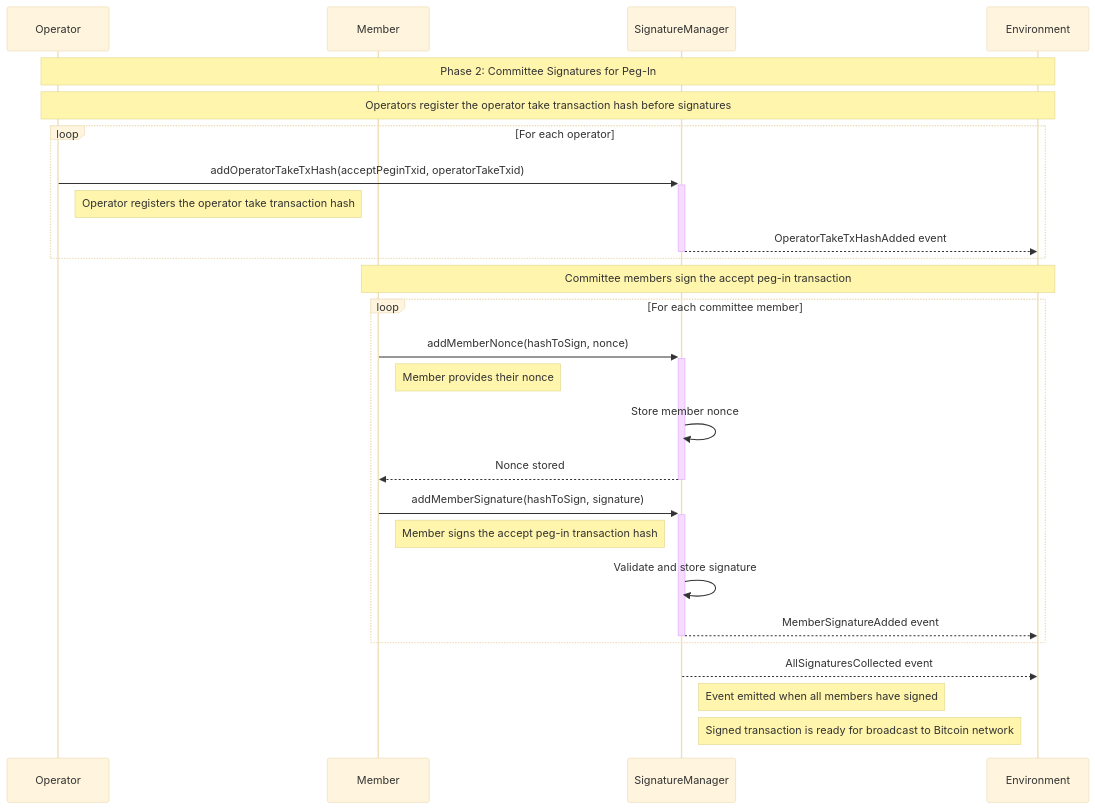
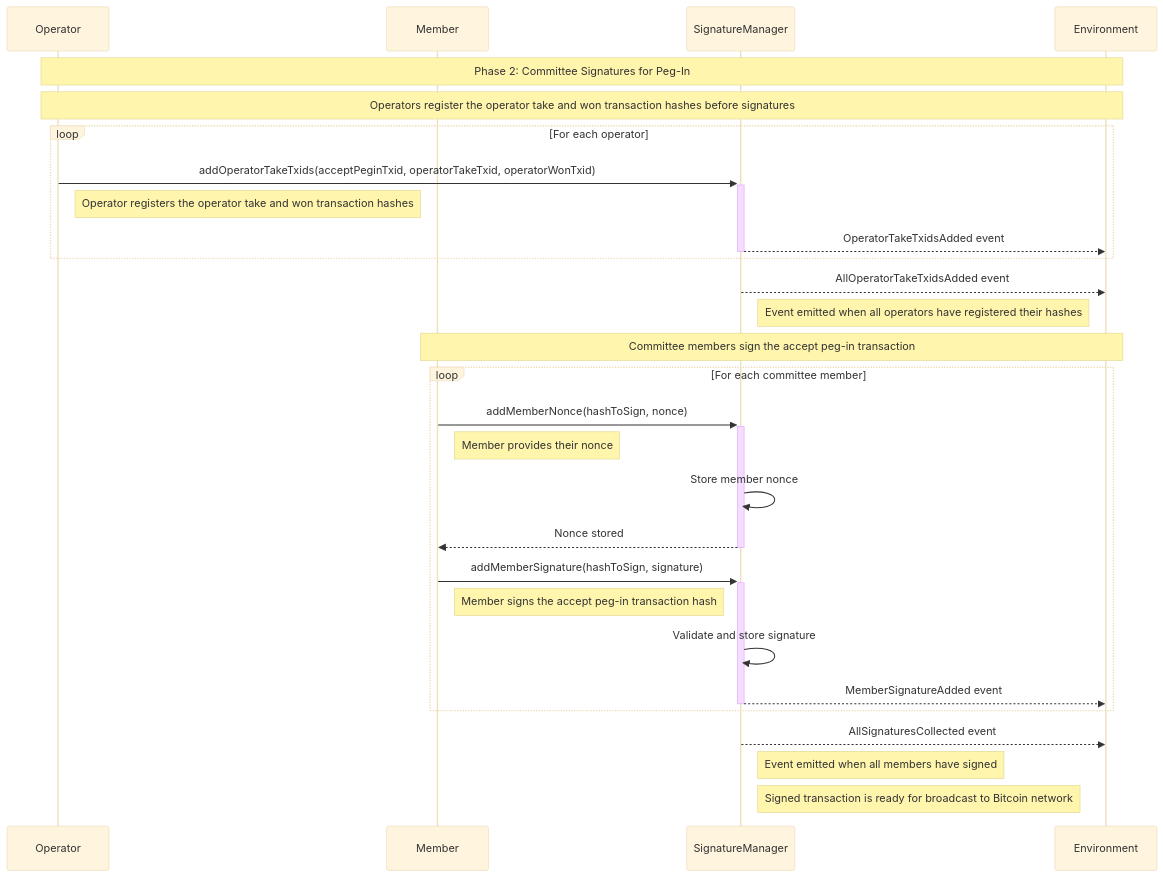
One commit to rsksmart/union-bridge-contracts changed the sixth of 12 diagrams in README.md. Above: the diagram before and after it, drawn with Mermaid (base theme). The commit also changed other lines of this file and 1 other file, not shown here.

````diff
--- a/README.md
+++ b/README.md
@@ -549,33 +552,36 @@
 ```mermaid
 sequenceDiagram
     participant O as Operator
     participant M as Member
     participant SM as SignatureManager
     participant ENV as Environment
 
     Note over O,ENV: Phase 2: Committee Signatures for Peg-In
-    Note over O,ENV: Operators register the operator take transaction hash before signatures
+    Note over O,ENV: Operators register the operator take and won transaction hashes before signatures
 
     loop For each operator
-        O->>+SM: addOperatorTakeTxHash(acceptPeginTxid, operatorTakeTxid)
-        Note right of O: Operator registers the operator take transaction hash
-        SM-->>-ENV: OperatorTakeTxHashAdded event
+        O->>+SM: addOperatorTakeTxids(acceptPeginTxid, operatorTakeTxid, operatorWonTxid)
+        Note right of O: Operator registers the operator take and won transaction hashes
+        SM-->>-ENV: OperatorTakeTxidsAdded event
     end
+
+    SM-->>ENV: AllOperatorTakeTxidsAdded event
+    Note right of SM: Event emitted when all operators have registered their hashes
 
     Note over M,ENV: Committee members sign the accept peg-in transaction
 
     loop For each committee member
         M->>+SM: addMemberNonce(hashToSign, nonce)
         Note right of M: Member provides their nonce
         SM->>SM: Store member nonce
         SM-->>-M: Nonce stored
         M->>+SM: addMemberSignature(hashToSign, signature)
         Note right of M: Member signs the accept peg-in transaction hash
         SM->>SM: Validate and store signature
         SM-->>-ENV: MemberSignatureAdded event
     end
 
     SM-->>ENV: AllSignaturesCollected event
     Note right of SM: Event emitted when all members have signed
     Note right of SM: Signed transaction is ready for broadcast to Bitcoin network
 ```
````
